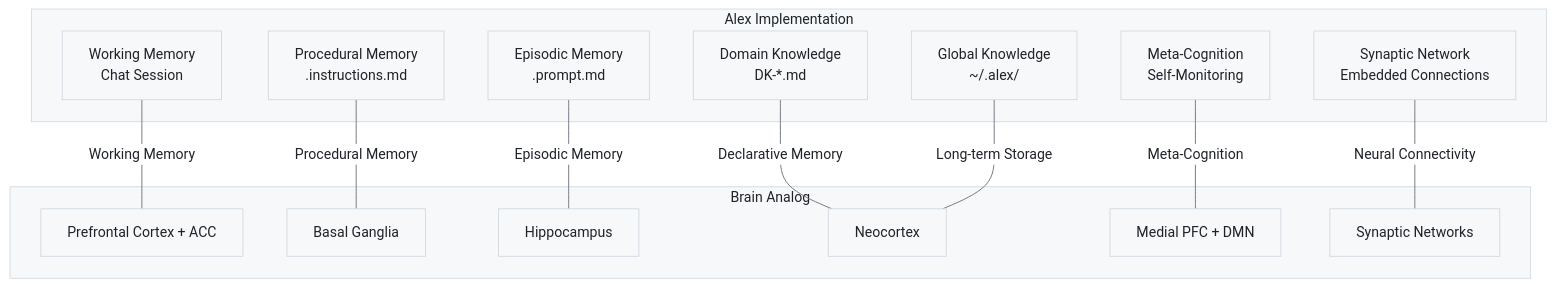
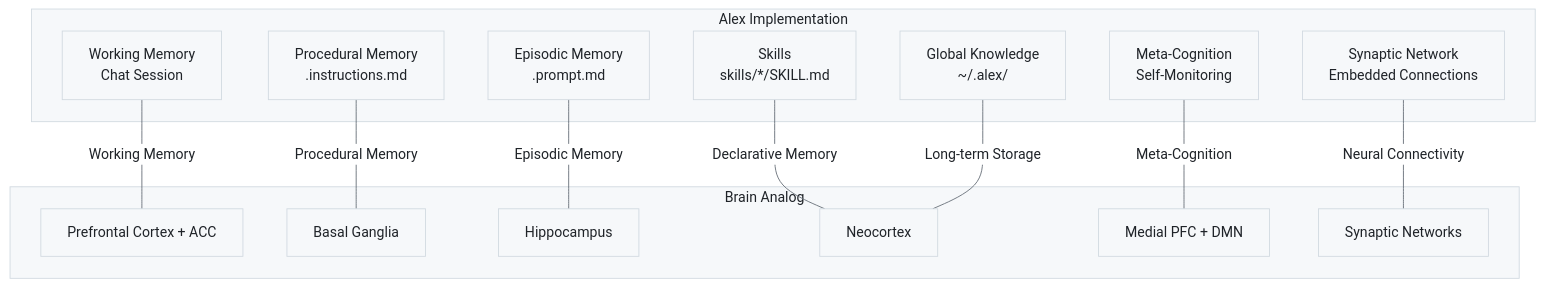
The second of 5 diagrams in alex_docs/COGNITIVE-ARCHITECTURE.md (fabioc-aloha/Alex_Plug_In), drawn with Mermaid before and after one commit. The commit also changed other lines of this file and 158 other files, not shown here.

First line of the commit message:
docs: Epic architecture consistency update (v3.7.3)

````diff
--- a/alex_docs/COGNITIVE-ARCHITECTURE.md
+++ b/alex_docs/COGNITIVE-ARCHITECTURE.md
@@ -76,30 +76,30 @@
 ```mermaid
 %%{init: {'theme': 'base', 'themeVariables': { 'primaryColor': '#f6f8fa', 'primaryTextColor': '#1f2328', 'primaryBorderColor': '#d1d9e0', 'lineColor': '#656d76', 'secondaryColor': '#f6f8fa', 'tertiaryColor': '#ffffff', 'background': '#ffffff', 'mainBkg': '#f6f8fa', 'nodeBorder': '#d1d9e0', 'clusterBkg': '#f6f8fa', 'clusterBorder': '#d1d9e0', 'titleColor': '#1f2328', 'edgeLabelBackground': '#ffffff'}}}%%
 graph TB
     subgraph "Alex Implementation"
         WM[Working Memory<br/>Chat Session]
         PM[Procedural Memory<br/>.instructions.md]
         EM[Episodic Memory<br/>.prompt.md]
-        DK[Domain Knowledge<br/>DK-*.md]
+        SK[Skills<br/>skills/*/SKILL.md]
         GK[Global Knowledge<br/>~/.alex/]
         SYN[Synaptic Network<br/>Embedded Connections]
         MC[Meta-Cognition<br/>Self-Monitoring]
     end
 
     subgraph "Brain Analog"
         PFC[Prefrontal Cortex + ACC]
         BG[Basal Ganglia]
         HIPP[Hippocampus]
         NC[Neocortex]
         MPFC[Medial PFC + DMN]
         SYNBIO[Synaptic Networks]
     end
 
     WM ---|"Working Memory"| PFC
     PM ---|"Procedural Memory"| BG
     EM ---|"Episodic Memory"| HIPP
-    DK ---|"Declarative Memory"| NC
+    SK ---|"Declarative Memory"| NC
     GK ---|"Long-term Storage"| NC
     SYN ---|"Neural Connectivity"| SYNBIO
     MC ---|"Meta-Cognition"| MPFC
 ```
````
